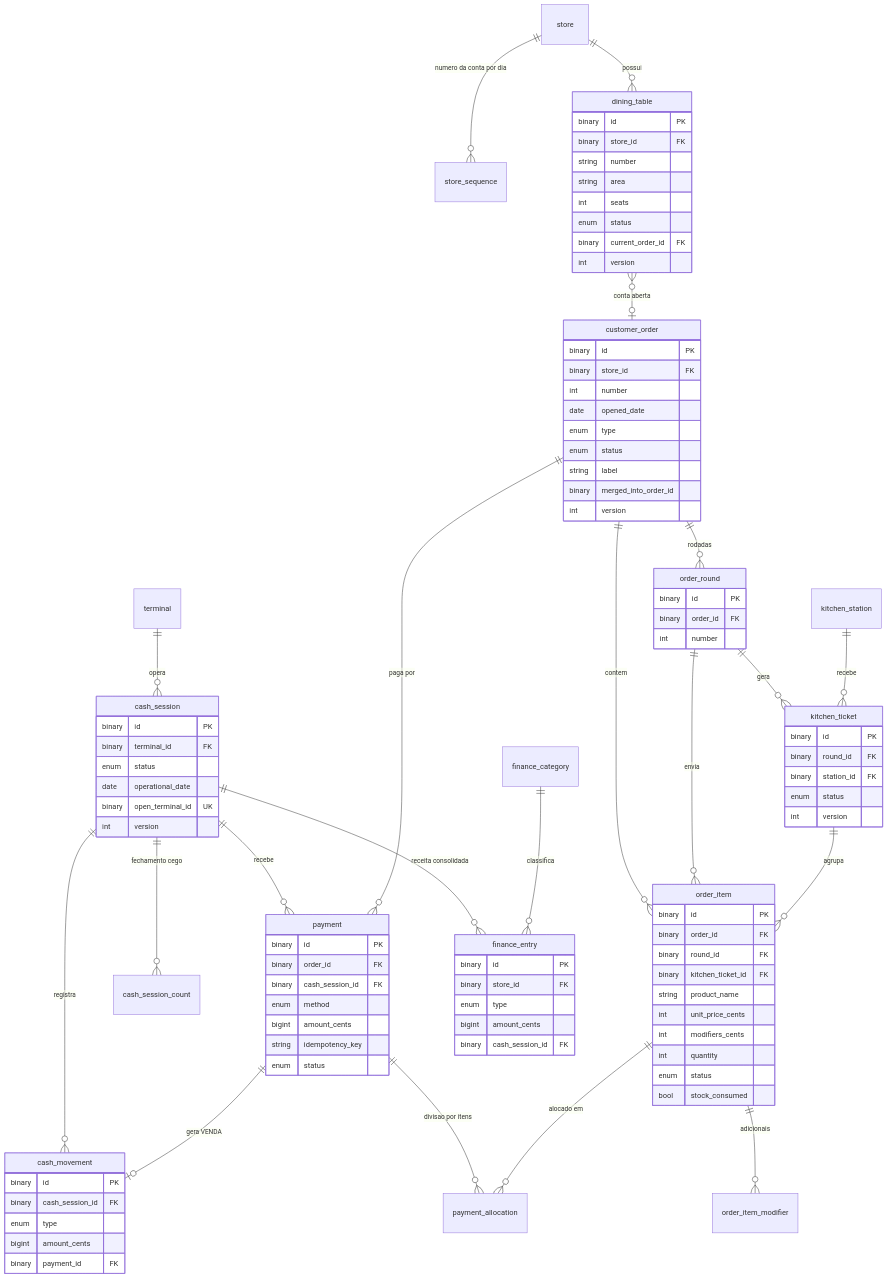
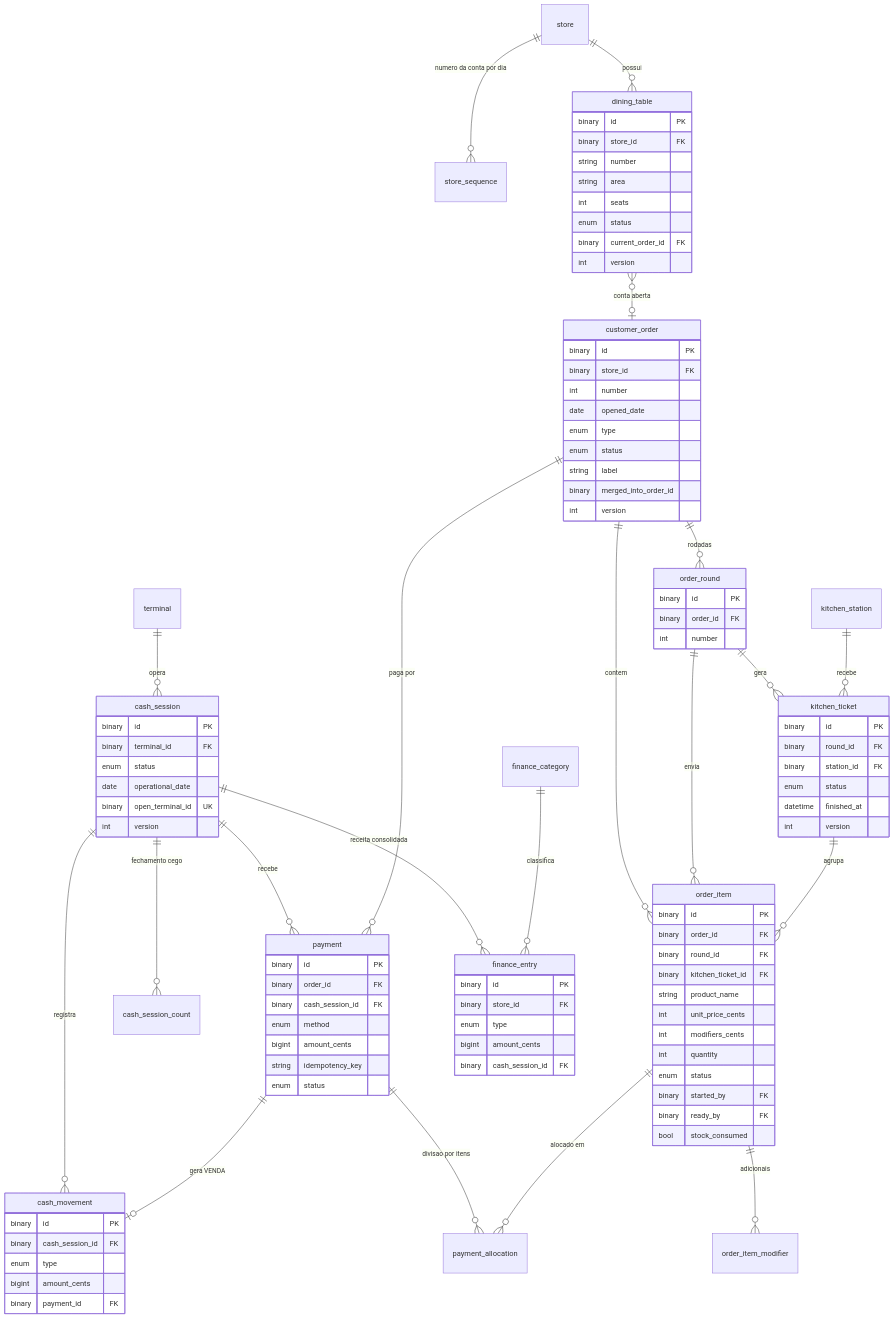
Before and after one commit to marlonerick/erp-mesa-restaurante: the third of 3 diagrams in maps/database/erd.md, drawn with Mermaid. The commit also changed other lines of this file and 73 other files, not shown here.

```diff
--- a/maps/database/erd.md
+++ b/maps/database/erd.md
@@ -295,6 +297,8 @@
     int modifiers_cents
     int quantity
     enum status
+    binary started_by FK
+    binary ready_by FK
     bool stock_consumed
   }
   kitchen_ticket {
@@ -302,6 +306,7 @@
     binary round_id FK
     binary station_id FK
     enum status
+    datetime finished_at
     int version
   }
   cash_session {
```
